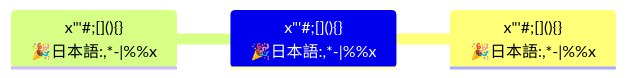
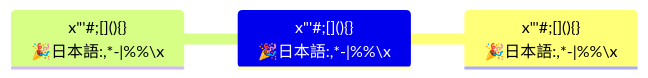
Before and after one commit to nao1215/markdown: the diagram in doc/edgecase/mindmap.md, drawn with Mermaid. The commit also changed 18 other files, not shown here.

First line of the commit message:
test(edgecase): put every character through every diagram type (#172)

````diff
--- a/doc/edgecase/mindmap.md
+++ b/doc/edgecase/mindmap.md
@@ -5,9 +5,9 @@
 ```mermaid
 ---
-title: "title \"'#;[](){}🎉日本語:,*-|%%"
+title: "title \"'#;[](){}🎉日本語:,*-|%%\\"
 ---
 mindmap
-    x"'#;#91;]#40;#41;#123;#125;<br/>🎉日本語:,*-|%%x
-        x"'#;#91;]#40;#41;#123;#125;<br/>🎉日本語:,*-|%%x
-        x"'#;#91;]#40;#41;#123;#125;<br/>🎉日本語:,*-|%%x
+    x"'#;#91;]#40;#41;#123;#125;<br/>🎉日本語:,*-|%%\x
+        x"'#;#91;]#40;#41;#123;#125;<br/>🎉日本語:,*-|%%\x
+        x"'#;#91;]#40;#41;#123;#125;<br/>🎉日本語:,*-|%%\x
 ```
````
